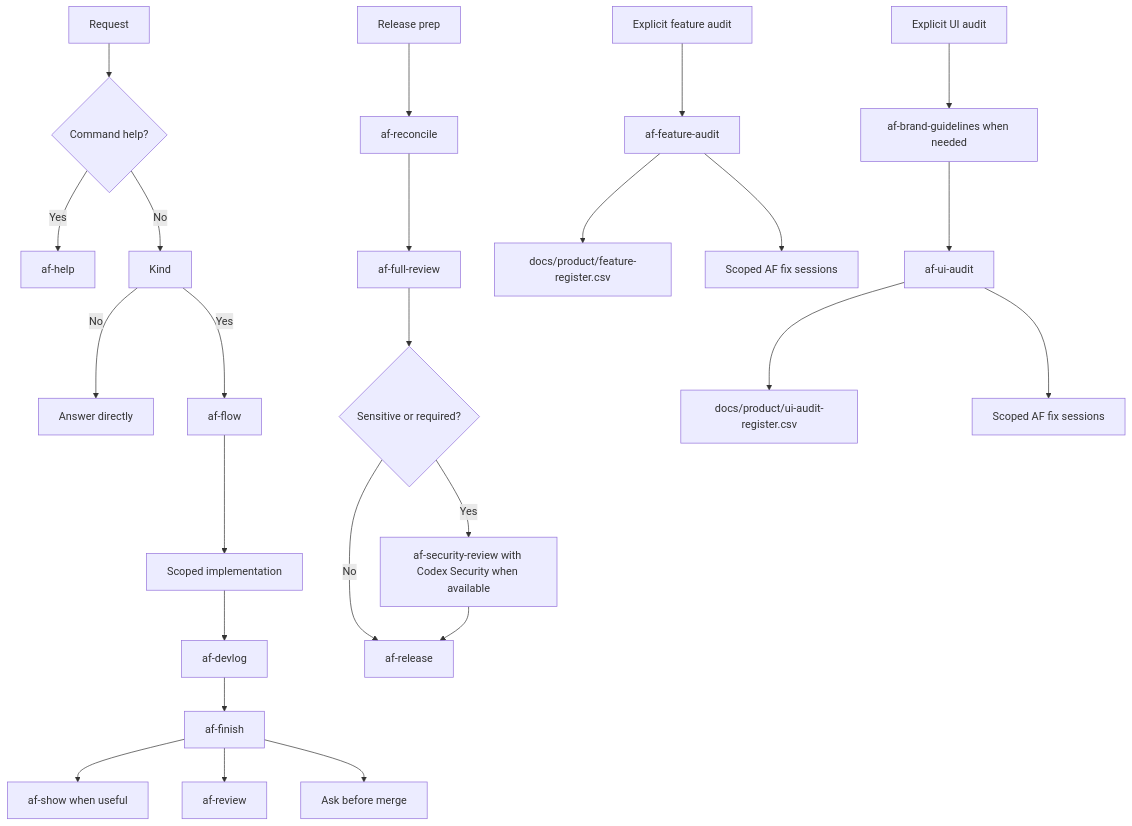
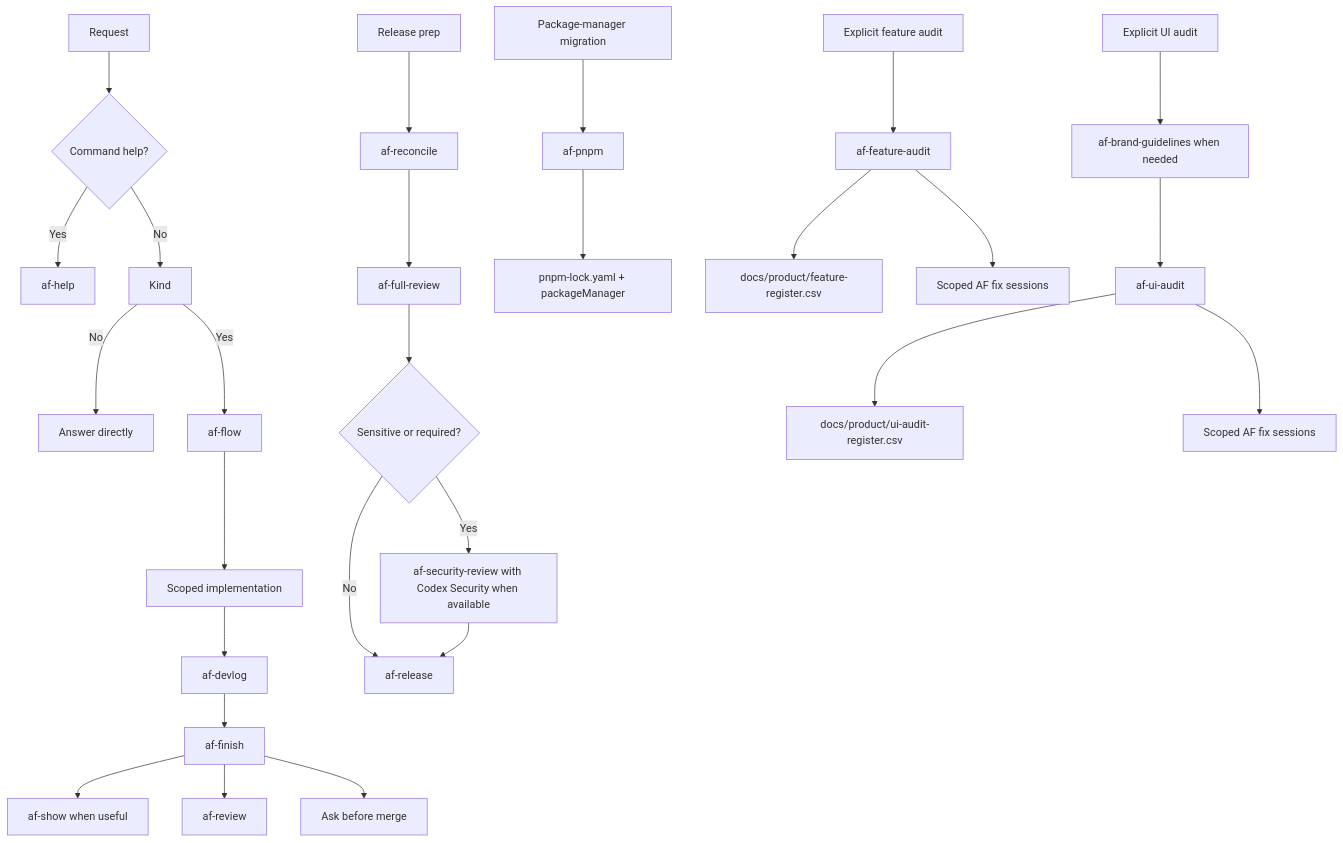
Before and after one commit to miketaheny/codex-setup: the second of 4 diagrams in docs/ARCHITECTURE.md, drawn with Mermaid. The commit also changed other lines of this file and 12 other files, not shown here.

````diff
--- a/docs/ARCHITECTURE.md
+++ b/docs/ARCHITECTURE.md
@@ -46,30 +47,33 @@
 ```mermaid
 flowchart TD
     Request --> Help{"Command help?"}
     Help -->|Yes| AFHelp["af-help"]
     Help -->|No| Kind
     Kind -->|No| Answer["Answer directly"]
     Kind -->|Yes| Flow["af-flow"]
     Flow --> Work["Scoped implementation"]
     Work --> Devlog["af-devlog"]
     Devlog --> Finish["af-finish"]
     Finish --> Show["af-show when useful"]
     Finish --> Review["af-review"]
     Finish --> Ask["Ask before merge"]
 
     ReleaseStart["Release prep"] --> Reconcile["af-reconcile"]
     Reconcile --> Full["af-full-review"]
     Full --> Security{"Sensitive or required?"}
     Security -->|Yes| Sec["af-security-review with Codex Security when available"]
     Security -->|No| Release["af-release"]
     Sec --> Release
 
+    PnpmStart["Package-manager migration"] --> PnpmSkill["af-pnpm"]
+    PnpmSkill --> PnpmLock["pnpm-lock.yaml + packageManager"]
+
     AuditStart["Explicit feature audit"] --> Audit["af-feature-audit"]
     Audit --> Register["docs/product/feature-register.csv"]
     Audit --> AuditFix["Scoped AF fix sessions"]
 
     UIStart["Explicit UI audit"] --> Brand["af-brand-guidelines when needed"]
     Brand --> UIAudit["af-ui-audit"]
     UIAudit --> UIRegister["docs/product/ui-audit-register.csv"]
     UIAudit --> UIFix["Scoped AF fix sessions"]
 ```
````
